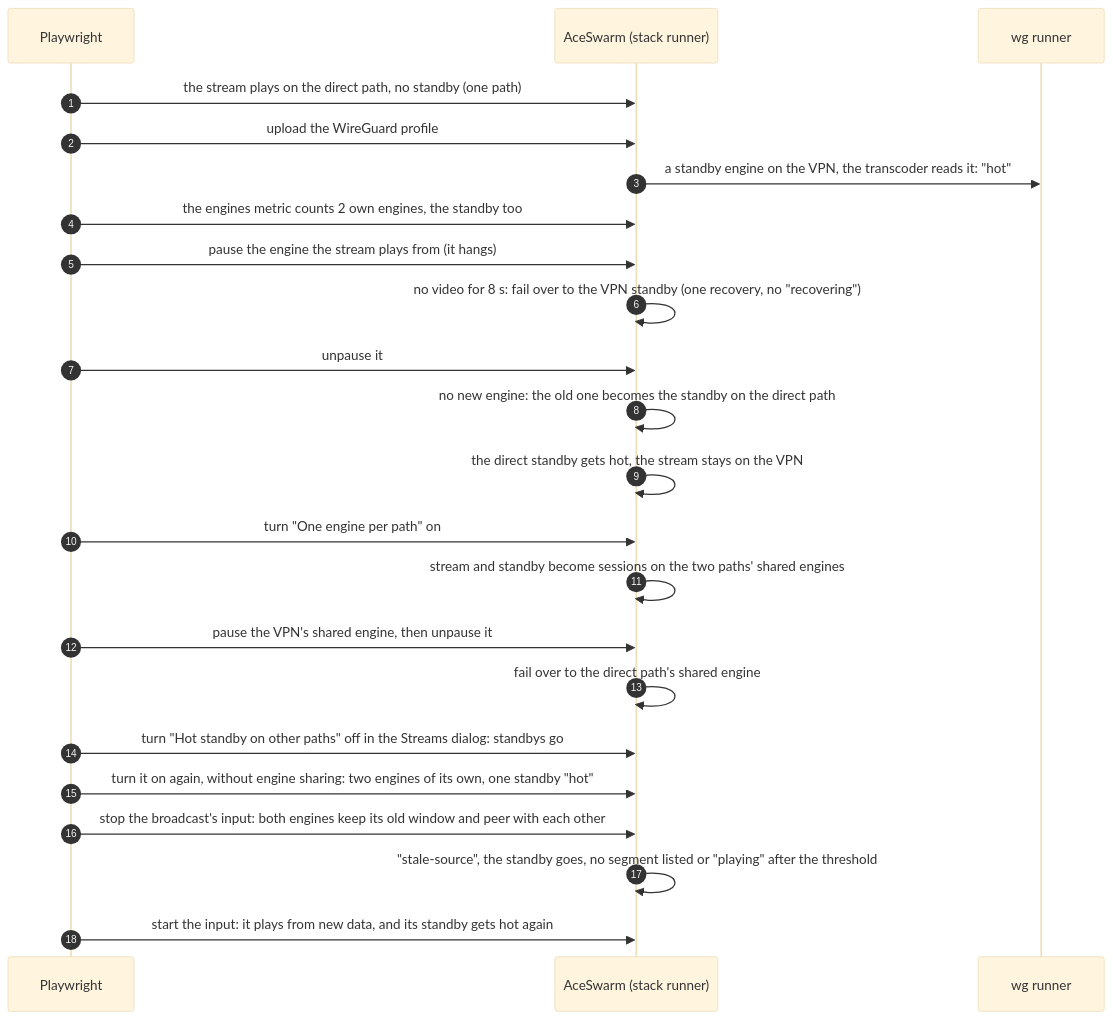
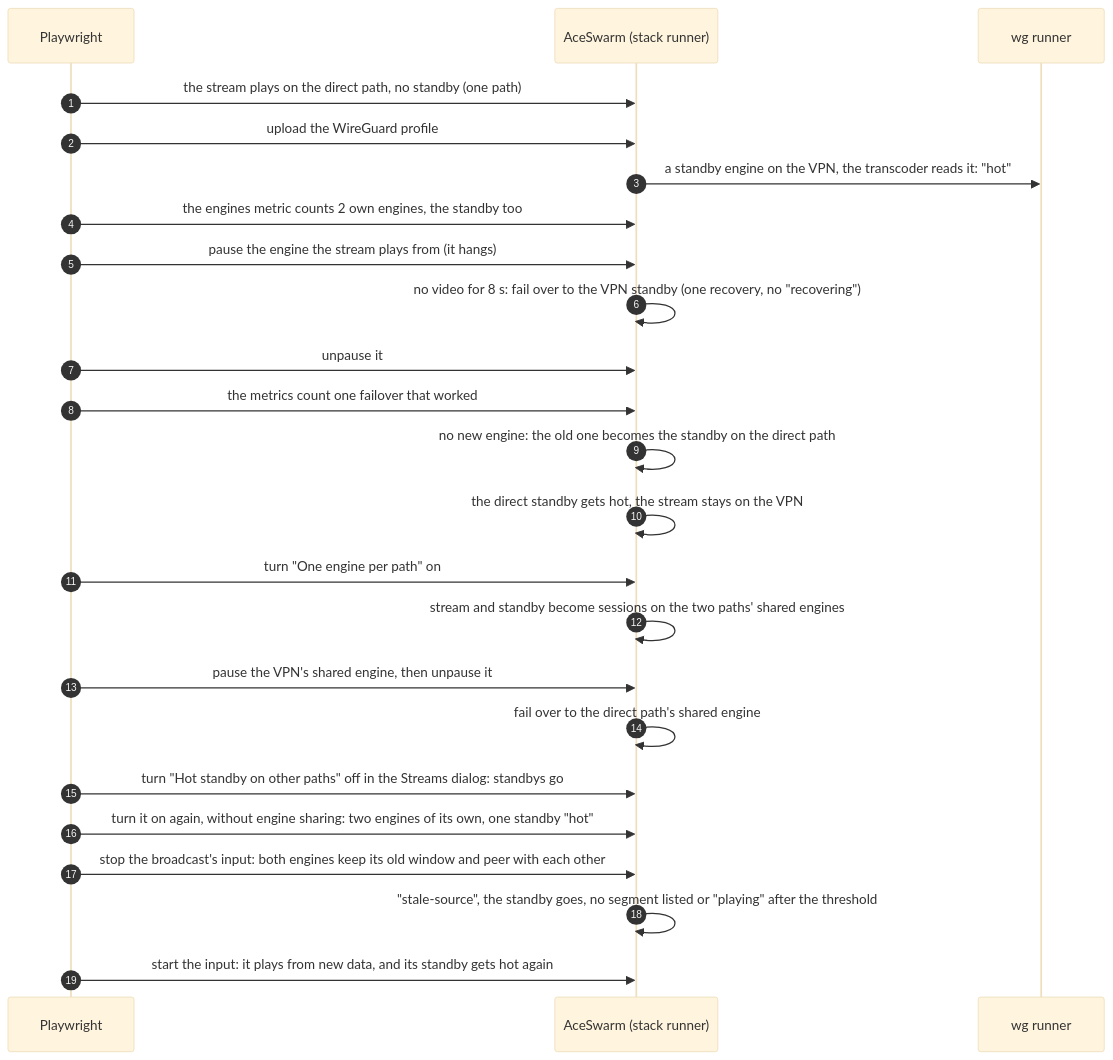
Before and after one commit to sergimn/AceSwarm: diagram 13 of 14 in e2e/README.md, drawn with Mermaid (base theme). The commit also changed other lines of this file and 14 other files, not shown here.

````diff
--- a/e2e/README.md
+++ b/e2e/README.md
@@ -355,25 +357,26 @@
 ```mermaid
 sequenceDiagram
   autonumber
   participant T as Playwright
   participant AS as AceSwarm (stack runner)
   participant WG as wg runner
   T->>AS: the stream plays on the direct path, no standby (one path)
   T->>AS: upload the WireGuard profile
   AS->>WG: a standby engine on the VPN, the transcoder reads it: "hot"
   T->>AS: the engines metric counts 2 own engines, the standby too
   T->>AS: pause the engine the stream plays from (it hangs)
   AS->>AS: no video for 8 s: fail over to the VPN standby (one recovery, no "recovering")
   T->>AS: unpause it
+  T->>AS: the metrics count one failover that worked
   AS->>AS: no new engine: the old one becomes the standby on the direct path
   AS->>AS: the direct standby gets hot, the stream stays on the VPN
   T->>AS: turn "One engine per path" on
   AS->>AS: stream and standby become sessions on the two paths' shared engines
   T->>AS: pause the VPN's shared engine, then unpause it
   AS->>AS: fail over to the direct path's shared engine
   T->>AS: turn "Hot standby on other paths" off in the Streams dialog: standbys go
   T->>AS: turn it on again, without engine sharing: two engines of its own, one standby "hot"
   T->>AS: stop the broadcast's input: both engines keep its old window and peer with each other
   AS->>AS: "stale-source", the standby goes, no segment listed or "playing" after the threshold
   T->>AS: start the input: it plays from new data, and its standby gets hot again
 ```
````
